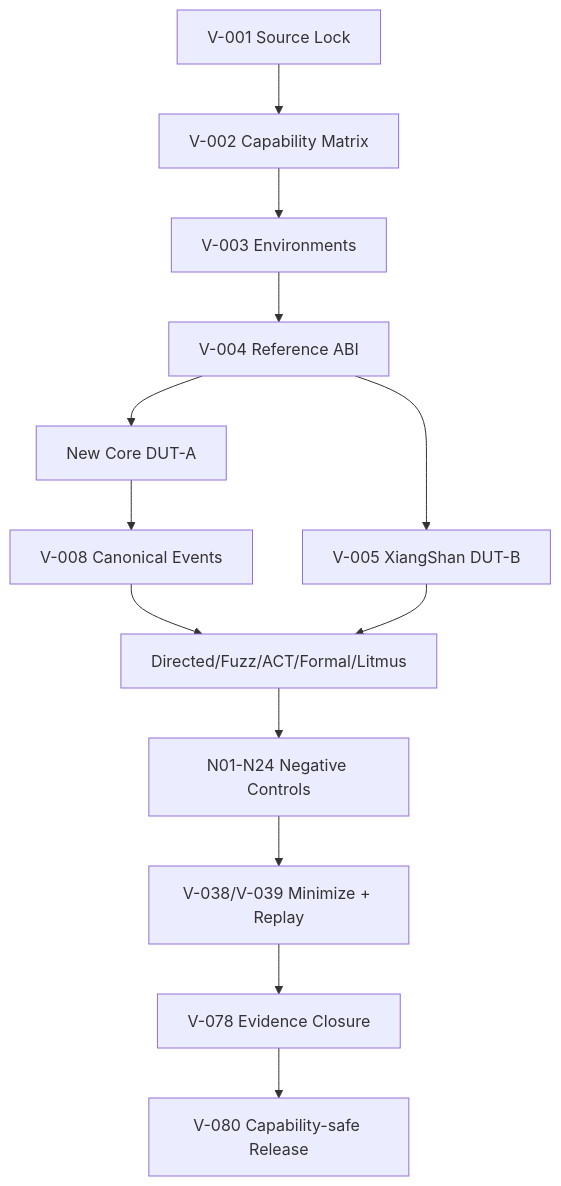
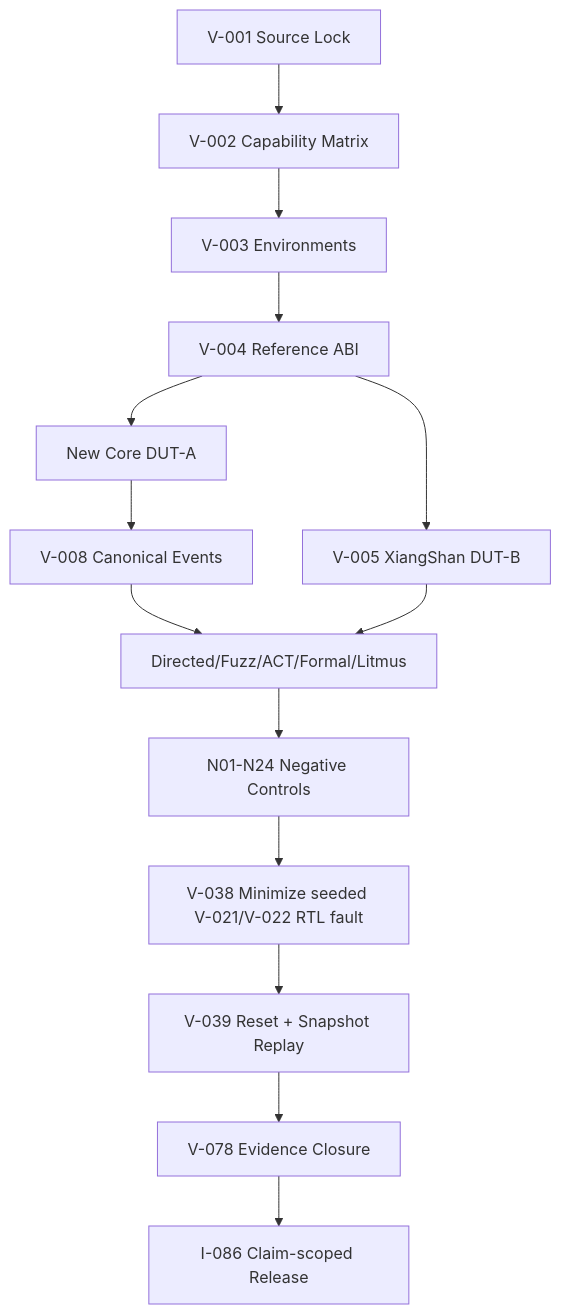
One commit to BaiTian6641/MosaicRV changed the diagram in docs/stage-6-verification-quality.md. Above: the diagram before and after it, drawn with Mermaid. The commit also changed other lines of this file and 10 other files, not shown here.

````diff
--- a/docs/stage-6-verification-quality.md
+++ b/docs/stage-6-verification-quality.md
@@ -20,15 +20,16 @@
 ```mermaid
 flowchart TD
   LOCK[V-001 Source Lock] --> CAP[V-002 Capability Matrix]
   CAP --> ENV[V-003 Environments]
   ENV --> ABI[V-004 Reference ABI]
   ABI --> XS[V-005 XiangShan DUT-B]
   ABI --> NEW[New Core DUT-A]
   NEW --> EVENT[V-008 Canonical Events]
   EVENT --> CHECK[Directed/Fuzz/ACT/Formal/Litmus]
   XS --> CHECK
   CHECK --> NEG[N01-N24 Negative Controls]
-  NEG --> TRIAGE[V-038/V-039 Minimize + Replay]
-  TRIAGE --> CLOSURE[V-078 Evidence Closure]
-  CLOSURE --> RELEASE[V-080 Capability-safe Release]
+  NEG --> TRIAGE[V-038 Minimize seeded V-021/V-022 RTL fault]
+  TRIAGE --> REPLAY[V-039 Reset + Snapshot Replay]
+  REPLAY --> CLOSURE[V-078 Evidence Closure]
+  CLOSURE --> RELEASE[I-086 Claim-scoped Release]
 ```
````
